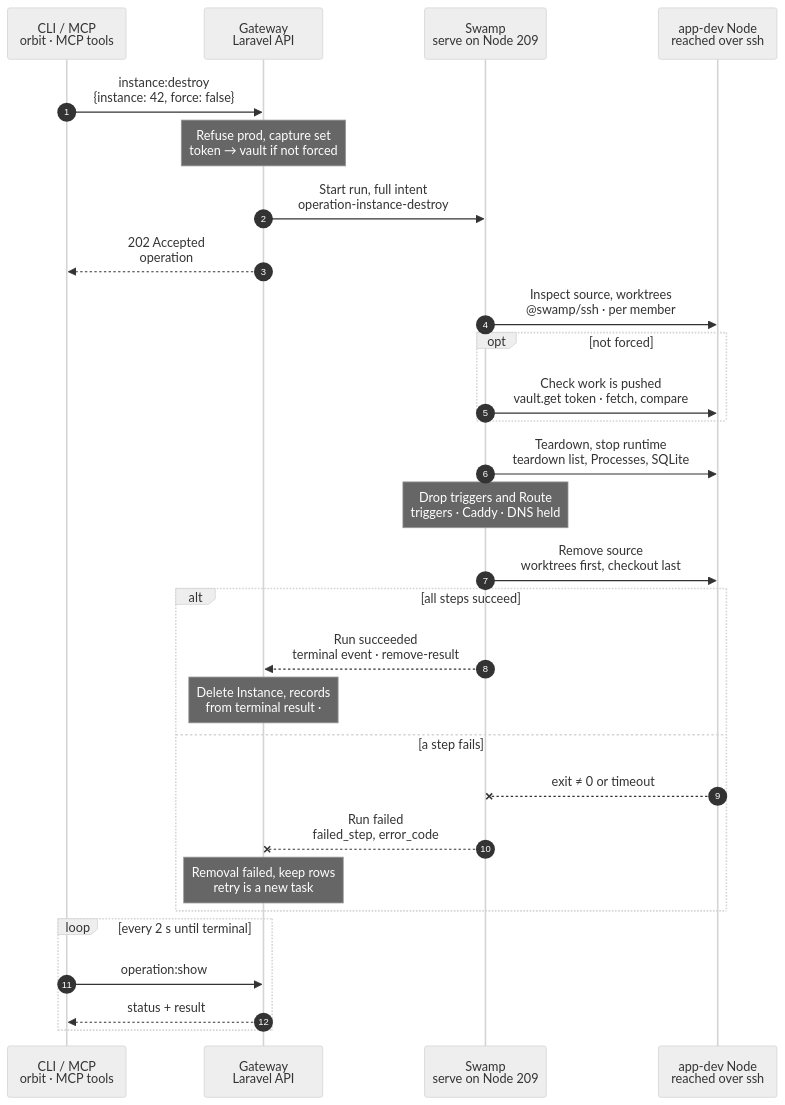
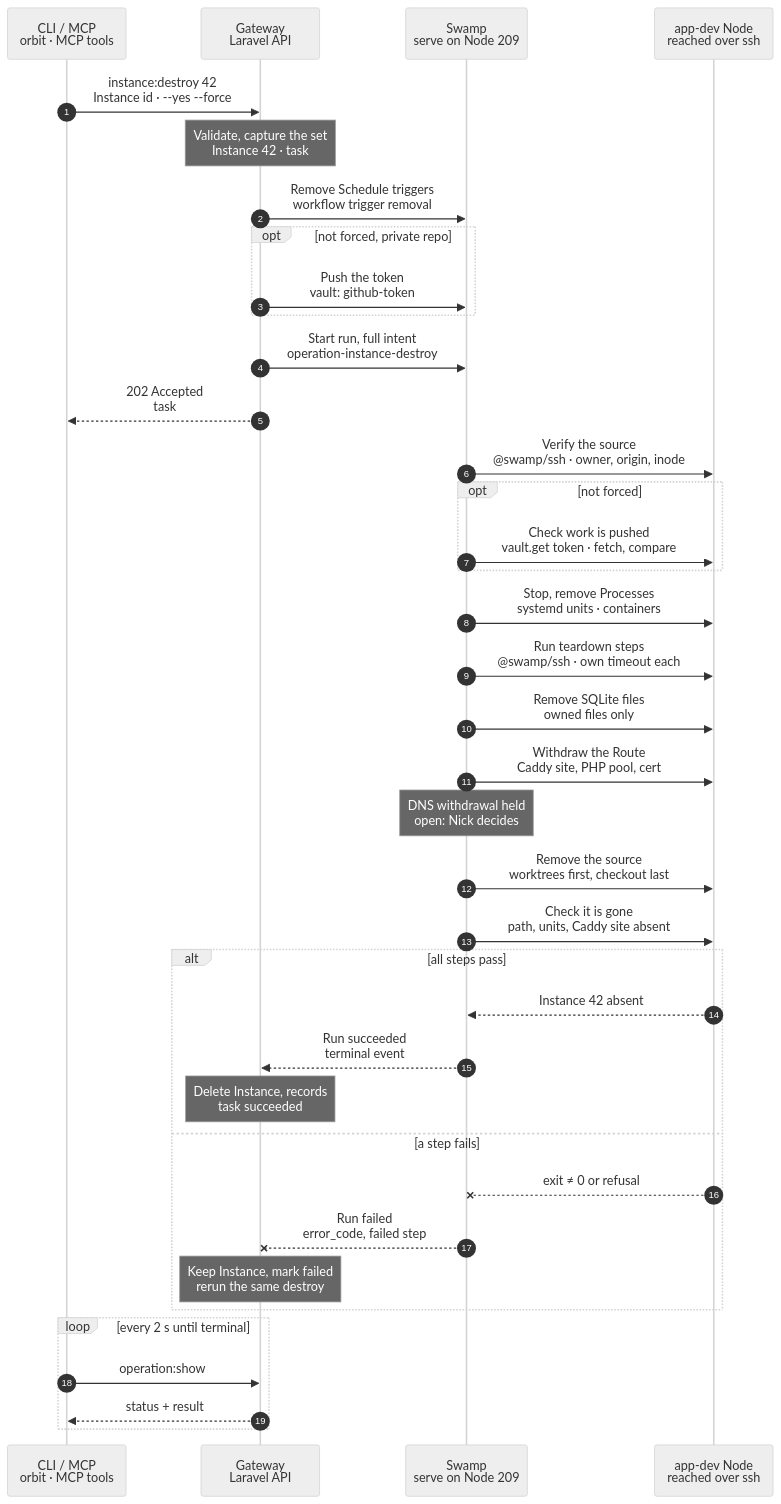
One commit to hardimpactdev/orbit changed the diagram in docs/flows/instance.destroy.mmd. Above: the diagram before and after it, drawn with Mermaid (neutral theme). The commit also changed 10 other files, not shown here.

First line of the commit message:
docs(flows): wave 3 charts (dev Instance lifecycle, Project maintenance) (#2436)

```diff
--- a/docs/flows/instance.destroy.mmd
+++ b/docs/flows/instance.destroy.mmd
@@ -1,35 +1,163 @@
 sequenceDiagram
-  %% Target design: ADR 0244 task, single-swamp-node (@swamp/ssh from 209), DECISIONS 1 (token minted at admission, vault.get), 2 (DNS held), ADR 0244 native schedules.
+  %% Target design: ADR 0244 task, R1-R4, single-swamp-node (@swamp/ssh from 209), DECISIONS 1 (token minted at admission, vault.get), 2 (DNS held), Schedules native (Nick 2026-11-02). docs/reference/instance-removal.md.
   %% status: draft
+  %% command: instance:destroy
   autonumber
   %% lane CLI icon=terminal pill=caller tone=gray
   %% lane GW icon=gateway pill=intent tone=blue
   %% lane SW icon=workflow pill=executes tone=green
   %% lane N icon=server pill=target tone=amber
   participant CLI as CLI / MCP<br/>orbit · MCP tools
   participant GW as Gateway<br/>Laravel API
   participant SW as Swamp<br/>serve on Node 209
   participant N as app-dev Node<br/>reached over ssh
-  CLI->>GW: instance:destroy<br/>{instance: 42, force: false}
-  Note over GW: Refuse prod, capture set<br/>token → vault if not forced
+  CLI->>GW: instance:destroy 42<br/>Instance id · --yes --force
+  %%> Command:
+  %%> - `orbit instance:destroy 42 --yes`
+  %%> - syntax: `<instance> [--yes] [--force] [--idempotency-key=KEY] [--json]`
+  %%> Input:
+  %%> - the Instance's id, as `instance:list` shows it
+  %%> Confirmation:
+  %%> - without `--yes`, the CLI asks first; the default is No
+  %%> - without a terminal, or with `--json`, `--yes` is required
+  %%> With `--force`:
+  %%> - also deletes dirty or unpublished source, and a checkout with its linked worktrees
+  %%> - it never waives the source identity checks, and it is not consent
+  Note over GW: Validate, capture the set<br/>Instance 42 · task #5132
+  %%> Requirements:
+  %%> - your Node has an access grant to Node 12, which runs Instance 42
+  %%> - Instance 42 is a development Instance; production removal is not charted here
+  %%> - no other lifecycle change and no unfinished transfer holds Instance 42
+  %%> Captures:
+  %%> - the source: path, owner, origin, branch, linked worktrees
+  %%> - what Instance 42 owns: Processes, Schedules, Route, SQLite files
+  %%> - the Project teardown steps
+  %%> Result:
+  %%> - Instance 42 is marked removing, with the captured set
+  %%> - task #5132 recorded with the full intent
+  GW->>SW: Remove Schedule triggers<br/>workflow trigger removal
+  %%> What it does:
+  %%> - removes the native Swamp schedule trigger of each Schedule of Instance 42
+  %%> - there is no Node work here; Schedules install nothing on Nodes
+  %%> Why first:
+  %%> - no new fire starts against a checkout that is being removed
+  %%> Running fire:
+  %%> - a fire that already started runs to its end, within its own timeout, and is still recorded
+  opt not forced, private repo
+    GW->>SW: Push the token<br/>vault: github-token
+    %%> Why:
+    %%> - a normal removal checks that the work is pushed, which needs a fetch from origin
+    %%> - only the Gateway holds the GitHub App key
+    %%> What it does:
+    %%> - mints a read token for this one repository, valid 1 hour, and pushes it into Swamp's vault
+    %%> Not needed:
+    %%> - with `--force`, or for a public repository
+  end
   GW->>SW: Start run, full intent<br/>operation-instance-destroy
-  GW-->>CLI: 202 Accepted<br/>operation #5132
-  SW->>N: Inspect source, worktrees<br/>@swamp/ssh · per member
+  %%> What it does:
+  %%> - starts one run of `operation-instance-destroy` on Swamp serve (Node 209)
+  %%> Inputs:
+  %%> - Node 12's address and SSH host keys; the SSH identity comes from the `swamp` role
+  %%> - the captured set, the teardown steps, the Node's managed user
+  %%> - secrets only as vault key names
+  GW-->>CLI: 202 Accepted<br/>task #5132
+  %%> What you get:
+  %%> - the task number, at once
+  %%> Next:
+  %%> - the CLI follows the task with `operation:show`
+  SW->>N: Verify the source<br/>@swamp/ssh · owner, origin, inode
+  %%> What it does:
+  %%> - checks that the checkout and its linked worktrees are the ones captured at admission
+  %%> - same path, owner, origin and filesystem identity
+  %%> Refuses:
+  %%> - another checkout, owner or Node, also with `--force`
+  %%> - a symlink in place of the checkout
   opt not forced
     SW->>N: Check work is pushed<br/>vault.get token · fetch, compare
+    %%> What it does:
+    %%> - fetches origin with the vault token and compares
+    %%> Refuses:
+    %%> - dirty source
+    %%> - a `HEAD` that no origin branch or tag contains
+    %%> - linked worktrees on the checkout
+    %%> Result of a refusal:
+    %%> - the run stops here and nothing changes
   end
-  SW->>N: Teardown, stop runtime<br/>teardown list, Processes, SQLite
-  Note over SW: Drop triggers and Route<br/>triggers · Caddy · DNS held
-  SW->>N: Remove source<br/>worktrees first, checkout last
-  alt all steps succeed
-    SW-->>GW: Run succeeded<br/>terminal event · remove-result
-    Note over GW: Delete Instance, records<br/>from terminal result · #5132
+  SW->>N: Stop, remove Processes<br/>systemd units · containers
+  %%> What it does:
+  %%> - stops each Process of Instance 42 and removes its unit or container
+  %%> Why before teardown:
+  %%> - nothing still writes to the application while teardown runs
+  %%> Not included:
+  %%> - Processes of other Instances on Node 12
+  SW->>N: Run teardown steps<br/>@swamp/ssh · own timeout each
+  %%> What it does:
+  %%> - runs the Project's teardown steps in order, as the Node's managed user, from the repository root
+  %%> Limits:
+  %%> - each step has its own timeout
+  %%> Failure:
+  %%> - a failed step fails the run; the next `instance:destroy` runs the whole list again
+  SW->>N: Remove SQLite files<br/>owned files only
+  %%> What it does:
+  %%> - deletes the SQLite files that Instance 42 owns
+  %%> Not included:
+  %%> - other databases; their records go with the Instance, nothing on the Database server changes
+  SW->>N: Withdraw the Route<br/>Caddy site, PHP pool, cert
+  %%> What it does:
+  %%> - removes the Caddy site of Instance 42 and reloads Caddy; no restart
+  %%> - removes its PHP pool and its certificate
+  %%> Keeps:
+  %%> - every other site, pool and certificate on Node 12
+  Note over SW: DNS withdrawal held<br/>open: Nick decides
+  %%> Open:
+  %%> - DNS publication for Routes is on hold (`native-dns-takeover-held`)
+  %%> - until Nick decides, the run removes no DNS record
+  SW->>N: Remove the source<br/>worktrees first, checkout last
+  %%> What it does:
+  %%> - removes linked worktrees, then the checkout itself
+  %%> - deletes only the paths whose identity it verified
+  %%> Runs as:
+  %%> - the Node's own user, not root
+  SW->>N: Check it is gone<br/>path, units, Caddy site absent
+  %%> What it does:
+  %%> - checks that the checkout, the Process units and the Caddy site are absent
+  %%> Why:
+  %%> - Instance 42 only counts as removed when the Node shows it
+  alt all steps pass
+    N-->>SW: Instance 42 absent
+    %%> Returns:
+    %%> - the check passed
+    SW-->>GW: Run succeeded<br/>terminal event
+    %%> How the Gateway learns it:
+    %%> - its shared run reader sees the terminal event; Swamp never calls the Gateway
+    Note over GW: Delete Instance, records<br/>task succeeded
+    %%> Result:
+    %%> - Instance 42 is deleted, with its Processes, Schedules and Route records
+    %%> - owned database records are deleted
+    %%> - closed transfer history stays, without its Instance link
+    %%> - task #5132 succeeds
   else a step fails
-    N--xSW: exit ≠ 0 or timeout
-    SW--xGW: Run failed<br/>failed_step, error_code
-    Note over GW: Removal failed, keep rows<br/>retry is a new task
+    N--xSW: exit ≠ 0 or refusal
+    %%> When:
+    %%> - a source check refuses, a teardown step fails, or something is still there
+    SW--xGW: Run failed<br/>error_code, failed step
+    %%> The Gateway reads:
+    %%> - which step failed and its error code
+    Note over GW: Keep Instance, mark failed<br/>rerun the same destroy
+    %%> Result:
+    %%> - Instance 42 and its records stay, marked removal failed
+    %%> - task #5132 fails
+    %%> On the Node:
+    %%> - what was already removed stays removed; no rollback
+    %%> - the Schedule triggers stay removed
+    %%> Retry:
+    %%> - run `instance:destroy 42` again; it is a new task and converges the same captured set
   end
   loop every 2 s until terminal
     CLI->>GW: operation:show #5132
+    %%> What it does:
+    %%> - asks for the task's status every 2 seconds until it has ended
     GW-->>CLI: status + result
+    %%> Returns:
+    %%> - the current status, and the result once the task has ended
   end
```
